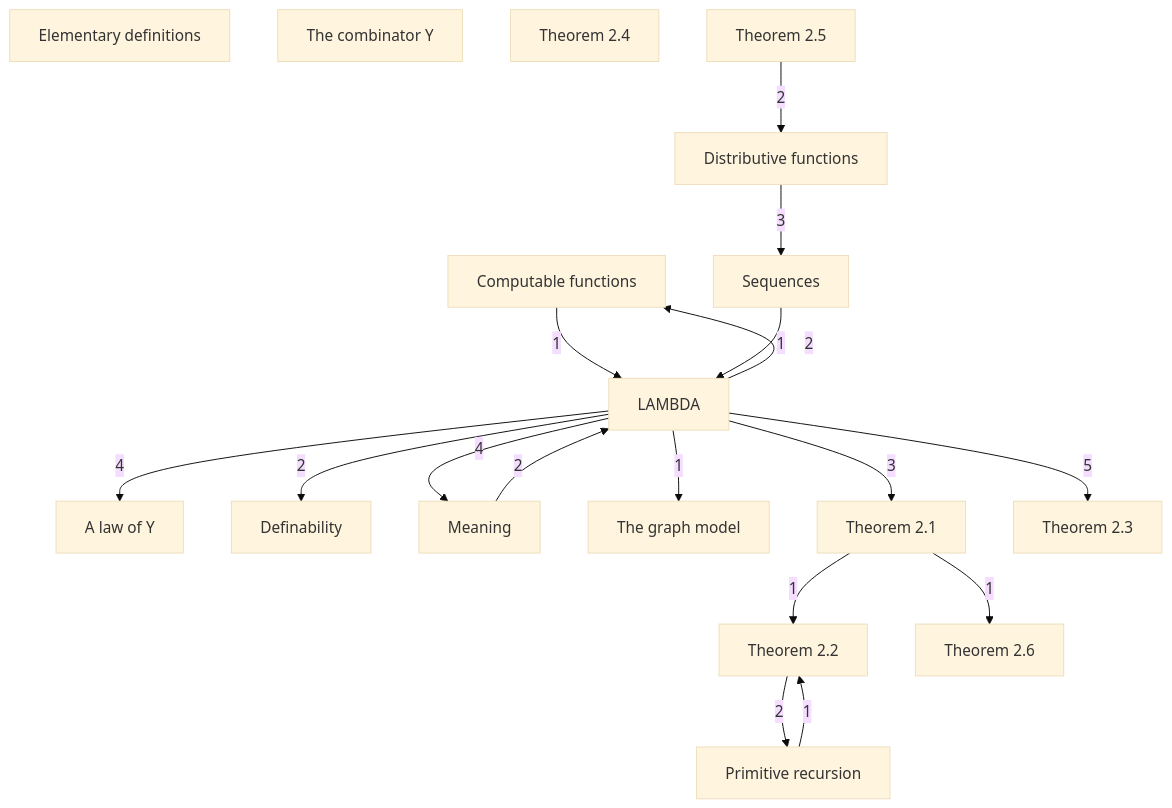
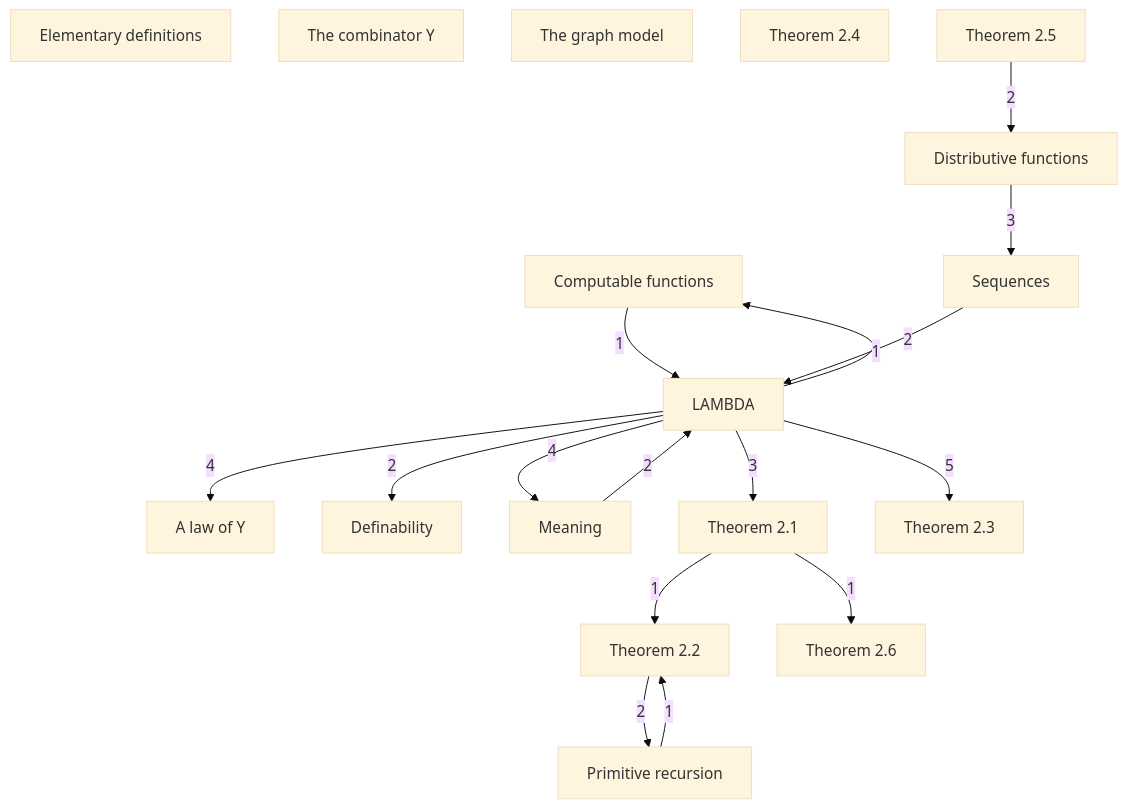
Before and after one commit to catskillsresearch/DomainTheory: the diagram in DomainTheory/DataTypesAsLattices/Lambda/1976_Computability_and_definability.mermaid, drawn with Mermaid (base theme). The commit also changed 85 other files, not shown here.

```diff
--- a/DomainTheory/DataTypesAsLattices/Lambda/1976_Computability_and_definability.mermaid
+++ b/DomainTheory/DataTypesAsLattices/Lambda/1976_Computability_and_definability.mermaid
@@ -1,50 +1,49 @@
 %% Computability and definability.
 %% Each box is a note. Arrowhead on the importer.
 %% The number is a direct-import count.
 %% An arrow already implied by a longer path is omitted.
 %% Imports of a folder barrel are not counted.
 flowchart TB
 
   LY["A law of Y"]
   REC["Computable functions"]
   DEF["Definability"]
   DOL["Distributive functions"]
   EL["Elementary definitions"]
   LAM["LAMBDA"]
   MEAN["Meaning"]
   PR["Primitive recursion"]
   SEQ["Sequences"]
   YC["The combinator Y"]
   GRA["The graph model"]
   T21["Theorem 2.1"]
   T22["Theorem 2.2"]
   T23["Theorem 2.3"]
   T24["Theorem 2.4"]
   T25["Theorem 2.5"]
   T26["Theorem 2.6"]
 
   LAM -->|"2"| DEF
   T25 -->|"2"| DOL
-  LAM -->|"1"| GRA
   MEAN -->|"2"| LAM
   REC -->|"1"| LAM
   SEQ -->|"1"| LAM
   LAM -->|"4"| LY
   LAM -->|"4"| MEAN
   T22 -->|"2"| PR
   LAM -->|"2"| REC
   DOL -->|"3"| SEQ
   LAM -->|"3"| T21
   PR -->|"1"| T22
   T21 -->|"1"| T22
   LAM -->|"5"| T23
   T21 -->|"1"| T26
 
   classDef c1 fill:#dcfce7,stroke:#15803d,color:#14532d
   classDef c2 fill:#cffafe,stroke:#0e7490,color:#164e63
   classDef c3 fill:#fef3c7,stroke:#b45309,color:#78350f
   classDef c4 fill:#fce7f3,stroke:#be185d,color:#831843
   classDef c5 fill:#fee2e2,stroke:#b91c1c,color:#7f1d1d
   classDef c6 fill:#e0e7ff,stroke:#4338ca,color:#312e81
   classDef c7 fill:#ffedd5,stroke:#c2410c,color:#7c2d12
   classDef c8 fill:#ecfccb,stroke:#4d7c0f,color:#365314
```
